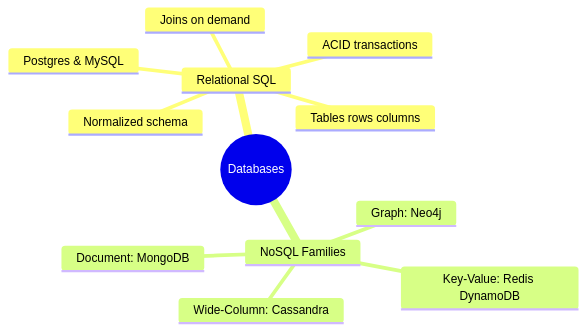
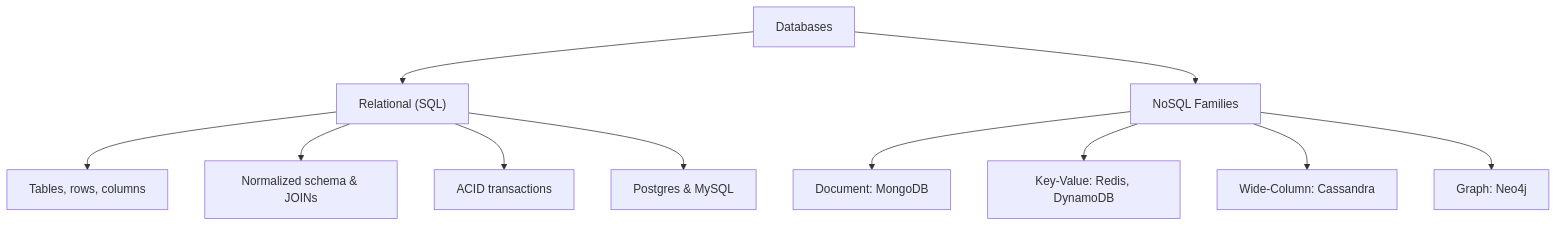
Before and after one commit to Shivanshu27/my-personal-website: the first of 8 diagrams in content/blog/sql-vs-nosql-a-senior-engineers-guide.md, drawn with Mermaid. The commit also changed other lines of this file and 4 other files, not shown here.

Commit message:
Fix Mermaid rendering, add single.html layout, and ensure latest posts sort by date

````diff
--- a/content/blog/sql-vs-nosql-a-senior-engineers-guide.md
+++ b/content/blog/sql-vs-nosql-a-senior-engineers-guide.md
@@ -15,15 +15,13 @@
 ```mermaid
-mindmap
-  root((Databases))
-    Relational SQL
-      Tables rows columns
-      Normalized schema
-      Joins on demand
-      ACID transactions
-      Postgres & MySQL
-    NoSQL Families
-      Document: MongoDB
-      Key-Value: Redis DynamoDB
-      Wide-Column: Cassandra
-      Graph: Neo4j
+flowchart TD
+  DB["Databases"] --> Rel["Relational (SQL)"]
+  DB --> NoSQL["NoSQL Families"]
+  Rel --> R1["Tables, rows, columns"]
+  Rel --> R2["Normalized schema & JOINs"]
+  Rel --> R3["ACID transactions"]
+  Rel --> R4["Postgres & MySQL"]
+  NoSQL --> N1["Document: MongoDB"]
+  NoSQL --> N2["Key-Value: Redis, DynamoDB"]
+  NoSQL --> N3["Wide-Column: Cassandra"]
+  NoSQL --> N4["Graph: Neo4j"]
 ```
````
